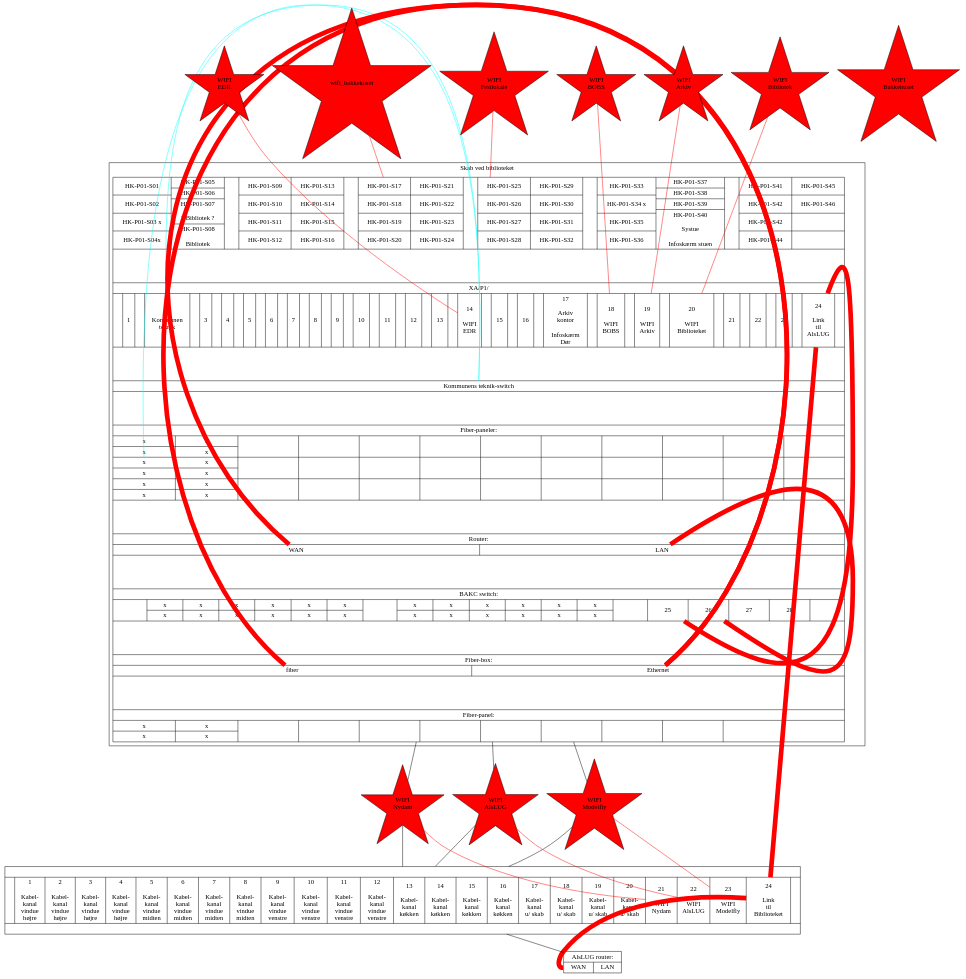
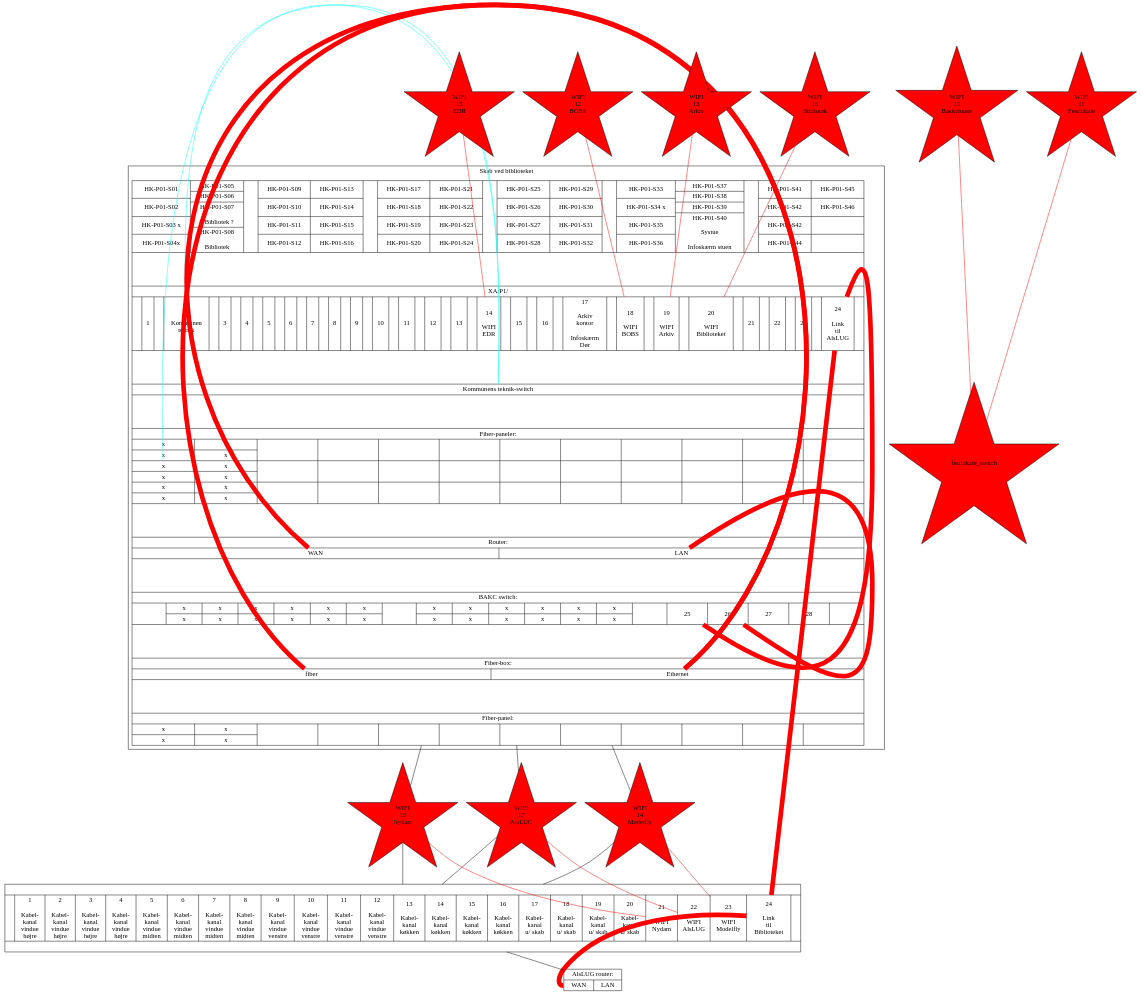
The diagram in projekter/patch-paneler.dot (alslug/alslug.dk), drawn with Graphviz before and after one commit.

```diff
--- a/projekter/patch-paneler.dot
+++ b/projekter/patch-paneler.dot
@@ -211,17 +211,17 @@
   { # Ruckus accesspoints
     node [shape=star style=filled fillcolor=red ];
     edge [ color=red penwidth=1 ];
-    wifi_bakkekuset -> bib_skab:xa_p1_99;  wifi_bakkehuset [ label="WIFI\nBakkehuset" ];
-    wifi_festlokale -> bib_skab:xa_p1_99;  wifi_festlokale [ label="WIFI\nFestlokale" ];
+    wifi_bakkehuset -> festlokale_switch;  wifi_bakkehuset [ label="WIFI\n10\nBakkehuset" ];
+    wifi_festlokale -> festlokale_switch;  wifi_festlokale [ label="WIFI\n11\nFestlokale" ];
 
-    wifi_bobs       -> bib_skab:xa_p1_18;  wifi_bobs       [ label="WIFI\nBOBS"       ];
-    wifi_arkiv      -> bib_skab:xa_p1_19;  wifi_arkiv      [ label="WIFI\nArkiv"      ];
-    wifi_modelfly   -> alslug_patch:23;    wifi_modelfly   [ label="WIFI\nModelfly"   ];
-    wifi_edr        -> bib_skab:xa_p1_14;  wifi_edr        [ label="WIFI\nEDR"        ];
+    wifi_bobs       -> bib_skab:xa_p1_18;  wifi_bobs       [ label="WIFI\n12\nBOBS"       ];
+    wifi_arkiv      -> bib_skab:xa_p1_19;  wifi_arkiv      [ label="WIFI\n13\nArkiv"      ];
+    wifi_modelfly   -> alslug_patch:23;    wifi_modelfly   [ label="WIFI\n14\nModelfly"   ];
+    wifi_edr        -> bib_skab:xa_p1_14;  wifi_edr        [ label="WIFI\n15\nEDR"        ];
 
-    wifi_bib        -> bib_skab:xa_p1_20;  wifi_bib        [ label="WIFI\nBibliotek"  ];
-    wifi_alslug     -> alslug_patch:22;    wifi_alslug     [ label="WIFI\nAlsLUG"     ];
-    wifi_nydam      -> alslug_patch:21;    wifi_nydam      [ label="WIFI\nNydam"      ];
+    wifi_bib        -> bib_skab:xa_p1_20;  wifi_bib        [ label="WIFI\n16\nBibliotek"  ];
+    wifi_alslug     -> alslug_patch:22;    wifi_alslug     [ label="WIFI\n17\nAlsLUG"     ];
+    wifi_nydam      -> alslug_patch:21;    wifi_nydam      [ label="WIFI\n18\nNydam"      ];
   }
 
   bib_skab:switch_25 -> bib_skab:xa_p1_24 -> alslug_patch:24 -> alslug_router:wan [ color=red penwidth=10 ];
```
